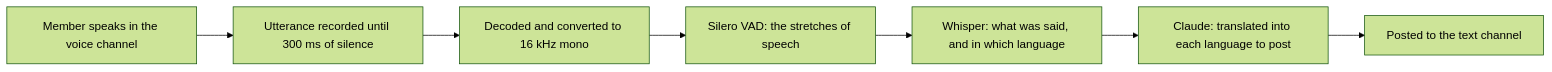
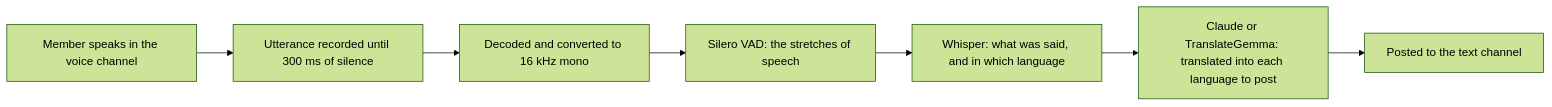
The diagram in README.md (Fkinds/discord-aitranslate-bot), drawn with Mermaid (forest theme) before and after one commit. The commit also changed other lines of this file, not shown here.

First line of the commit message:
docs: describe translating with TranslateGemma on Ollama

````diff
--- a/README.md
+++ b/README.md
@@ -276,9 +301,9 @@
 ```mermaid
 graph LR
     A[Member speaks in the voice channel] --> B[Utterance recorded until 300 ms of silence]
     B --> C[Decoded and converted to 16 kHz mono]
     C --> D[Silero VAD: the stretches of speech]
     D --> E[Whisper: what was said, and in which language]
-    E --> F[Claude: translated into each language to post]
+    E --> F[Claude or TranslateGemma: translated into each language to post]
     F --> G[Posted to the text channel]
 ```
````
